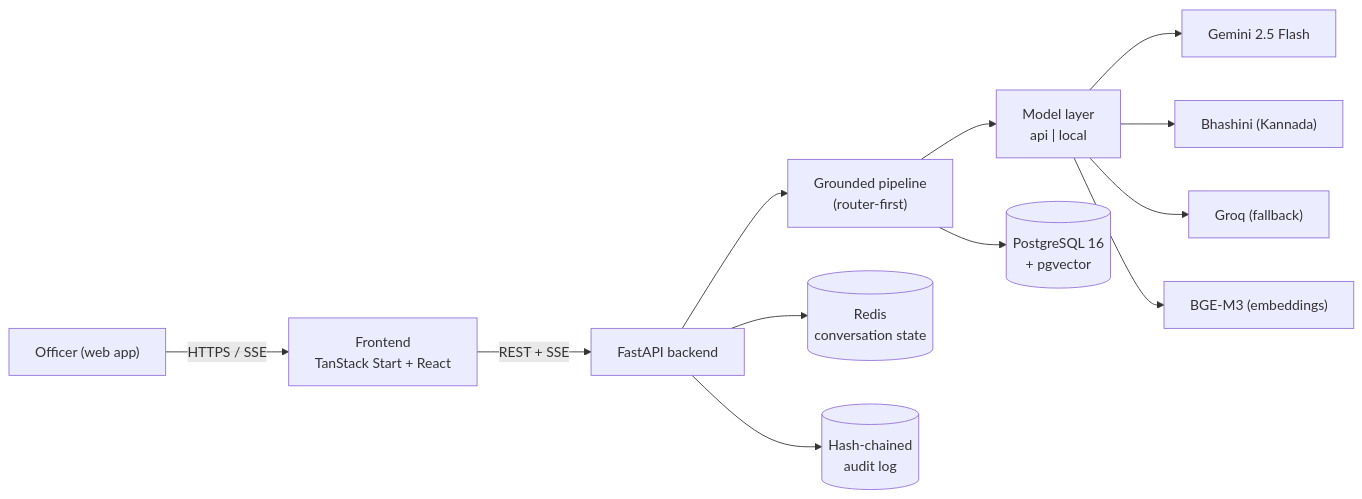
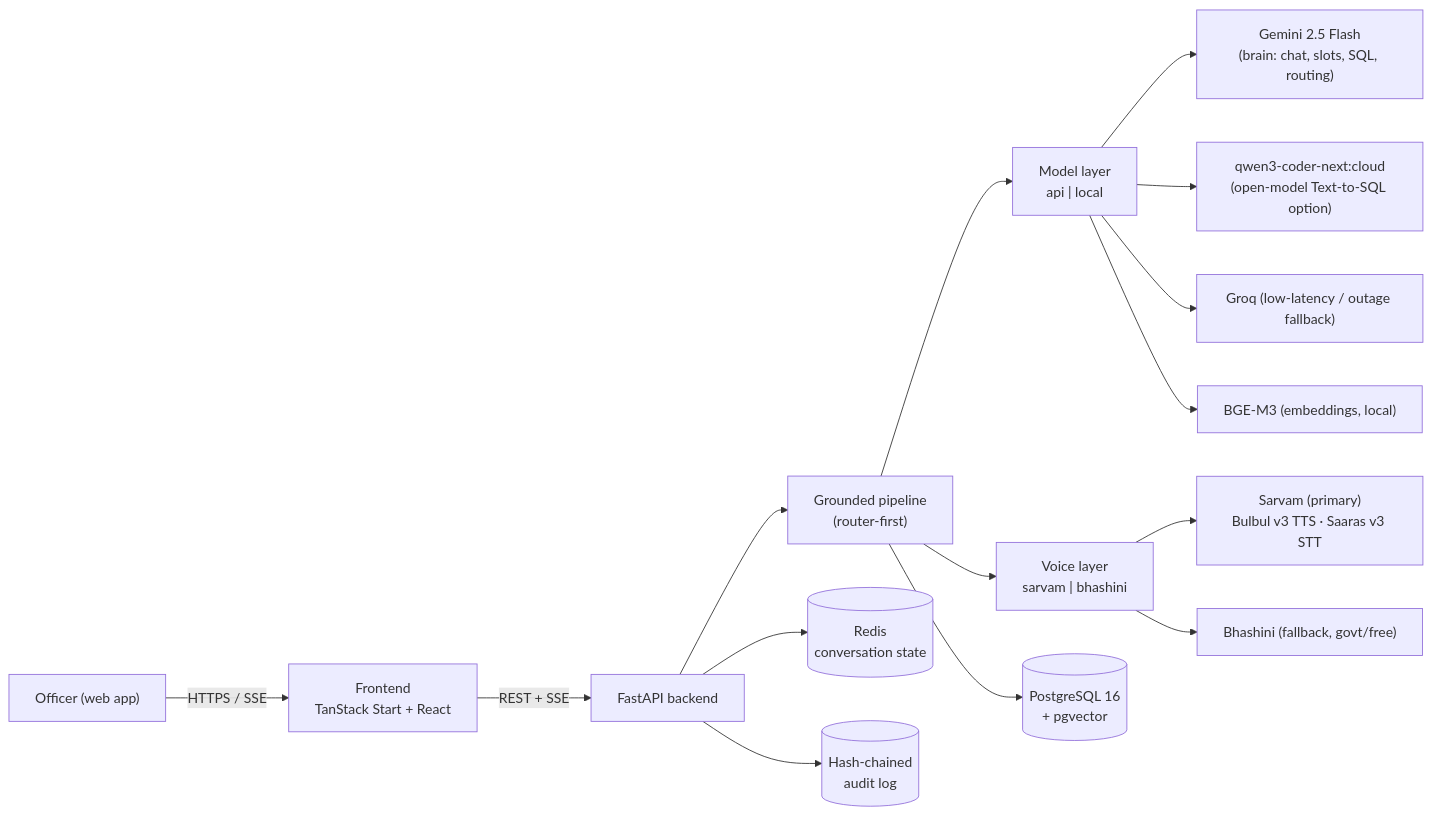
The diagram in docs/ARCHITECTURE.md (sh-ship-it/Satyam_Ai), drawn with Mermaid before and after one commit. The commit also changed other lines of this file, not shown here.

Commit message:
updated architecture md file

````diff
--- a/docs/ARCHITECTURE.md
+++ b/docs/ARCHITECTURE.md
@@ -10,14 +15,17 @@
 ```mermaid
 flowchart LR
     U["Officer (web app)"] -->|HTTPS / SSE| FE["Frontend<br>TanStack Start + React"]
     FE -->|REST + SSE| API["FastAPI backend"]
     API --> PIPE["Grounded pipeline<br>(router-first)"]
     PIPE --> MODELS["Model layer<br>api | local"]
+    PIPE --> VOICE["Voice layer<br>sarvam | bhashini"]
     PIPE --> DB[("PostgreSQL 16<br>+ pgvector")]
     API --> REDIS[("Redis<br>conversation state")]
     API --> AUDIT[("Hash-chained<br>audit log")]
-    MODELS --> GEM["Gemini 2.5 Flash"]
-    MODELS --> BHA["Bhashini (Kannada)"]
-    MODELS --> GRQ["Groq (fallback)"]
-    MODELS --> BGE["BGE-M3 (embeddings)"]
+    MODELS --> GEM["Gemini 2.5 Flash<br>(brain: chat, slots, SQL, routing)"]
+    MODELS --> QWN["qwen3-coder-next:cloud<br>(open-model Text-to-SQL option)"]
+    MODELS --> GRQ["Groq (low-latency / outage fallback)"]
+    MODELS --> BGE["BGE-M3 (embeddings, local)"]
+    VOICE --> SAR["Sarvam (primary)<br>Bulbul v3 TTS · Saaras v3 STT"]
+    VOICE --> BHA["Bhashini (fallback, govt/free)"]
 ```
````
